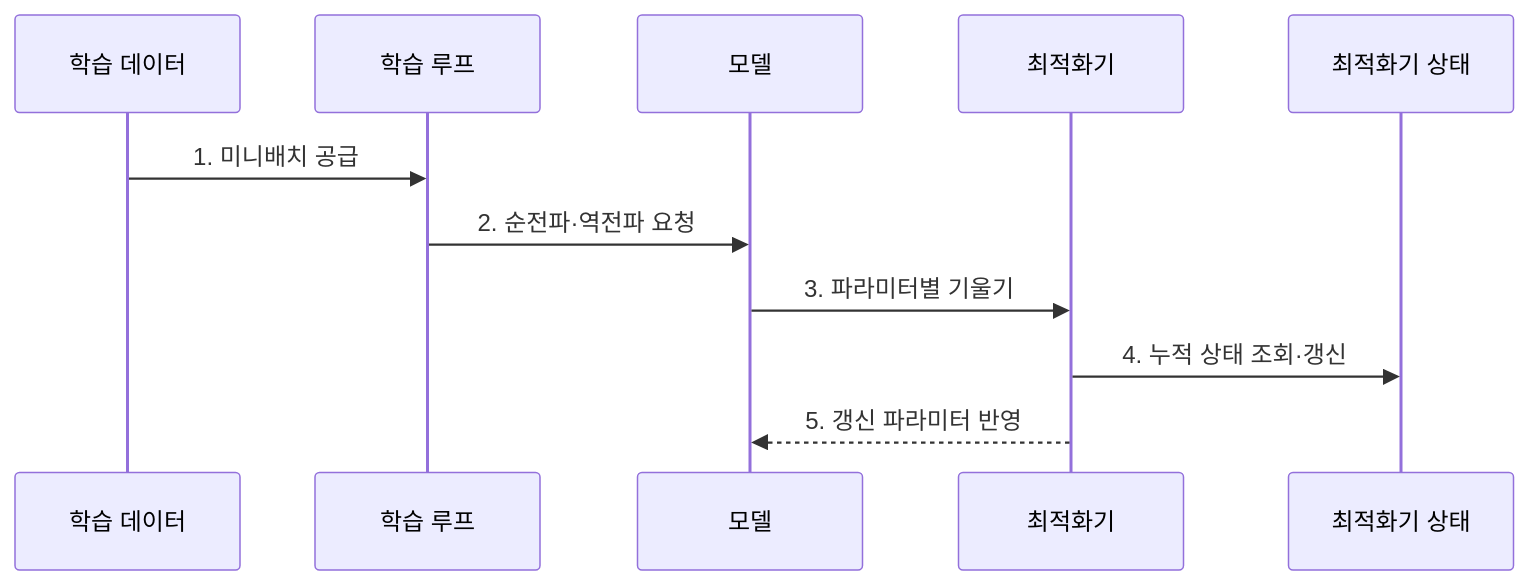
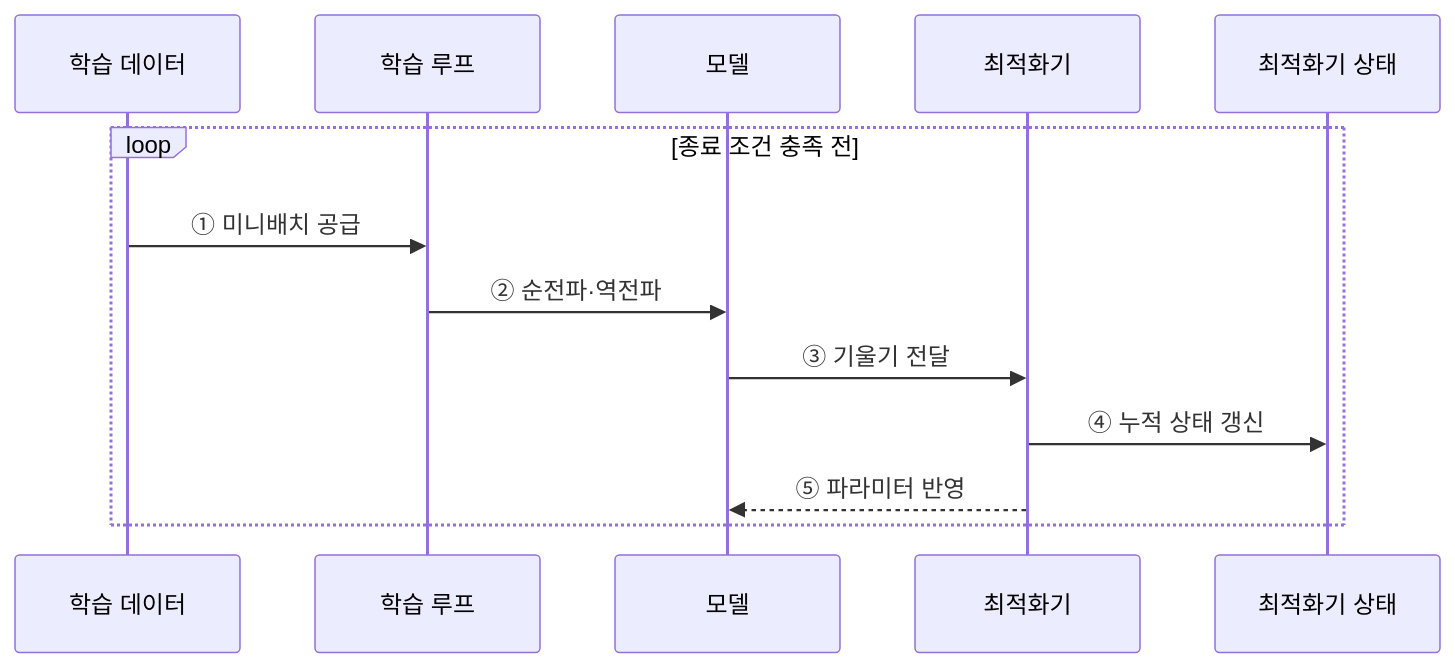
Before and after one commit to agnusdei1207/knowledge-base: the fourth of 4 diagrams in src/content/docs/notes/01-basic-theory/041_gradient_descent.md, drawn with Mermaid. The commit also changed other lines of this file and 22 other files, not shown here.

````diff
--- a/src/content/docs/notes/01-basic-theory/041_gradient_descent.md
+++ b/src/content/docs/notes/01-basic-theory/041_gradient_descent.md
@@ -82,13 +114,15 @@
 ```mermaid
 sequenceDiagram
     participant D as 학습 데이터
     participant L as 학습 루프
     participant M as 모델
     participant O as 최적화기
     participant S as 최적화기 상태
-    D->>L: 1. 미니배치 공급
-    L->>M: 2. 순전파·역전파 요청
-    M->>O: 3. 파라미터별 기울기
-    O->>S: 4. 누적 상태 조회·갱신
-    O-->>M: 5. 갱신 파라미터 반영
+    loop 종료 조건 충족 전
+        D->>L: ① 미니배치 공급
+        L->>M: ② 순전파·역전파
+        M->>O: ③ 기울기 전달
+        O->>S: ④ 누적 상태 갱신
+        O-->>M: ⑤ 파라미터 반영
+    end
 ```
````
